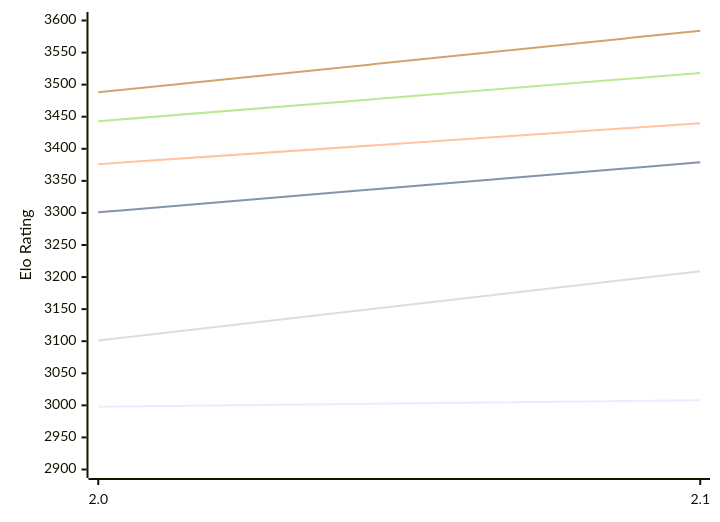
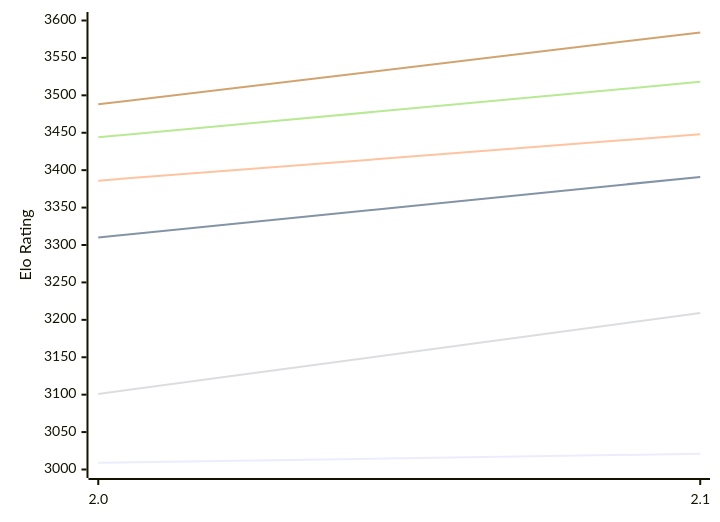
The first of 2 diagrams in engines/Onslaught.md (computer-chess-index/cci), drawn with Mermaid before and after one commit. The commit also changed other lines of this file, not shown here.

Commit message:
Update CCI Ratings (ELO VLTC) - 2026-11-07

````diff
--- a/engines/Onslaught.md
+++ b/engines/Onslaught.md
@@ -50,12 +50,12 @@
 ```mermaid
 %%{init: {"theme":"base","themeVariables":{"seriesColors:['#a3a3a3','#222221','#faa371']}}}%%
 xychart-beta
   x-axis ["2.0", "2.1"]
-  y-axis "Elo Rating" 2900 --> 3600
-  line "E1: STC (8.0+0.08s)" [2998, 3008]
-  line "E1: LTC (60.0+0.60s)" [3301, 3379]
-  line "E1: VLTC (2m24s+1.12s)" [3376, 3440]
+  y-axis "Elo Rating" 3000 --> 3600
+  line "E1: STC (8.0+0.08s)" [3009, 3021]
+  line "E1: LTC (60.0+0.60s)" [3310, 3391]
+  line "E1: VLTC (2m24s+1.12s)" [3386, 3448]
   line "P1: STC (8.0+0.08s)" [3101, 3209]
-  line "P1: LTC (60.0+0.60s)" [3443, 3518]
+  line "P1: LTC (60.0+0.60s)" [3444, 3518]
   line "P1: VLTC (2m24s+1.12s)" [3488, 3584]
 ```
````
